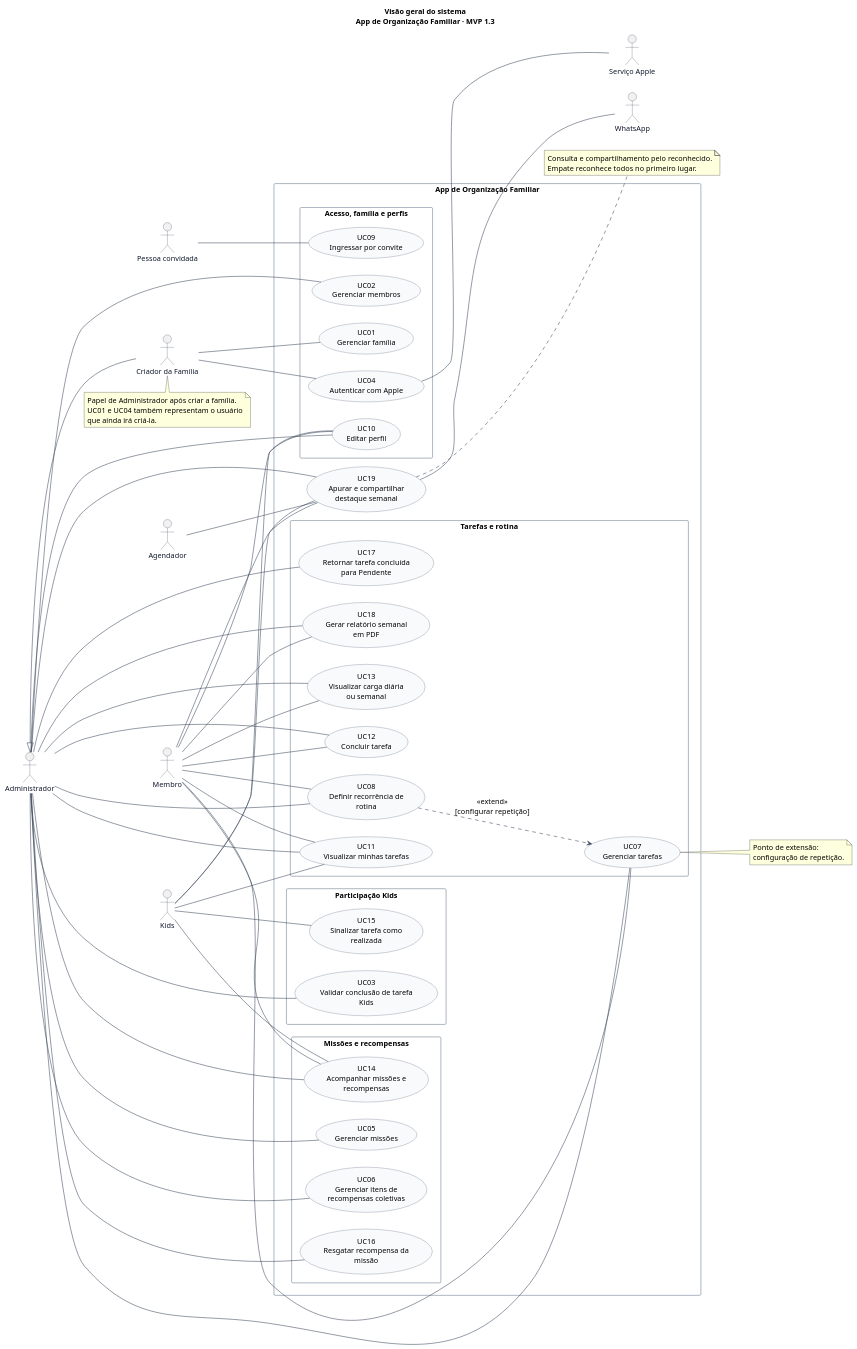
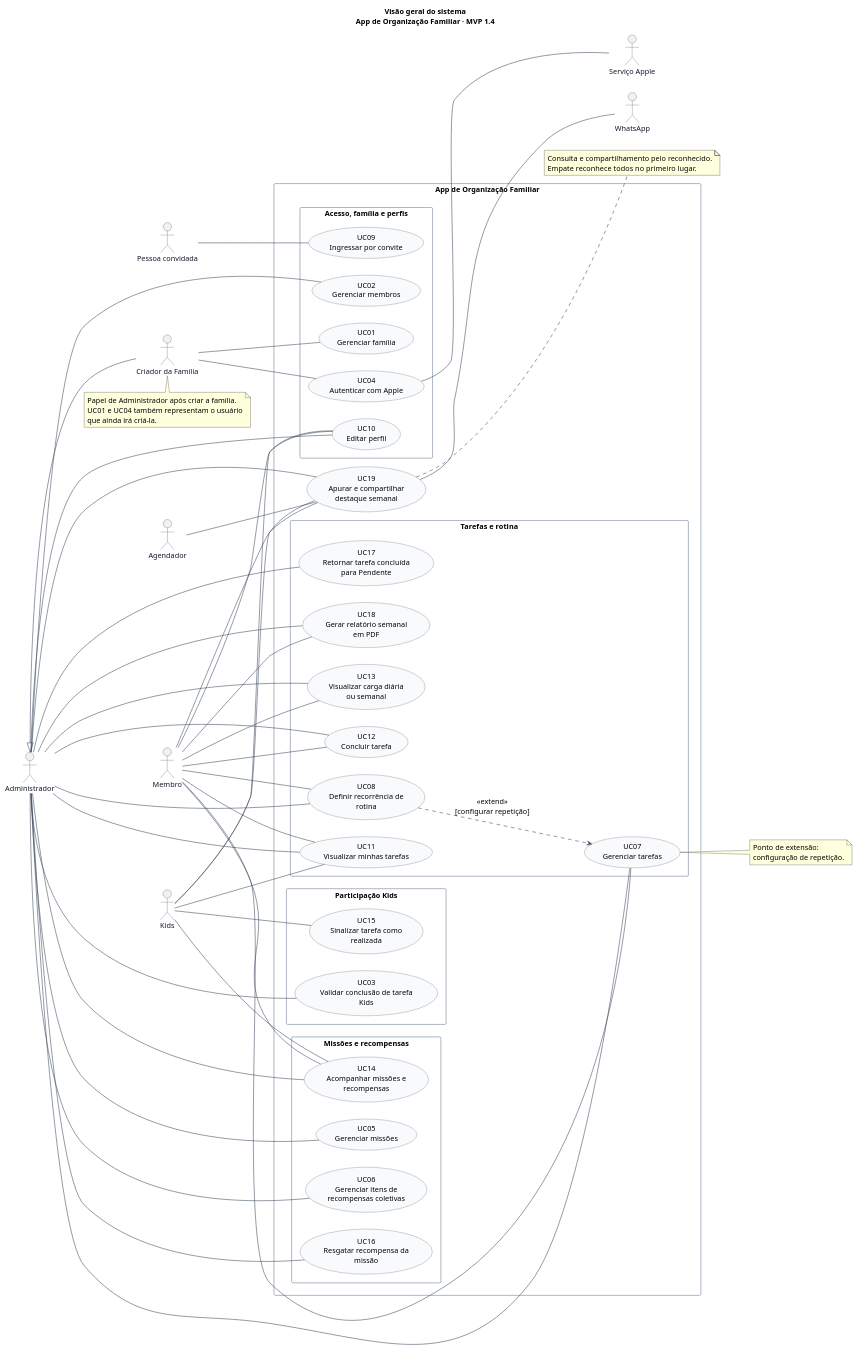
The diagram in docs/diagramas/casos-de-uso/01-visao-geral.puml (lizandramalta/App-Rotina-Familiar), drawn with PlantUML before and after one commit. The commit also changed 20 other files, not shown here.

```diff
--- a/docs/diagramas/casos-de-uso/01-visao-geral.puml
+++ b/docs/diagramas/casos-de-uso/01-visao-geral.puml
@@ -1,110 +1,110 @@
 @startuml
 ' Fonte editável. Renderização: java -jar plantuml.jar -charset UTF-8 -tsvg *.puml
 left to right direction
 skinparam shadowing false
 skinparam backgroundColor white
 skinparam defaultFontName SansSerif
 skinparam defaultFontSize 14
 skinparam ArrowColor #334155
 skinparam actorBorderColor #334155
 skinparam actorFontColor #0F172A
 skinparam usecaseBackgroundColor #F8FAFC
 skinparam usecaseBorderColor #475569
 skinparam rectangleBorderColor #64748B
 skinparam packageStyle rectangle
 skinparam nodesep 32
 skinparam ranksep 55
-title Visão geral do sistema\nApp de Organização Familiar · MVP 1.3
+title Visão geral do sistema\nApp de Organização Familiar · MVP 1.4
 
 actor "Administrador" as Admin
 actor "Membro" as Membro
 actor "Kids" as Kids
 actor "Criador da Família" as Criador
 actor "Pessoa convidada" as Convidado
 actor "Serviço Apple" as Apple
 actor "Agendador" as Agendador
 actor "WhatsApp" as WhatsApp
 
 rectangle "App de Organização Familiar" {
   package "Acesso, família e perfis" {
   usecase "UC01\nGerenciar família" as UC01
   usecase "UC02\nGerenciar membros" as UC02
   usecase "UC04\nAutenticar com Apple" as UC04
   usecase "UC09\nIngressar por convite" as UC09
   usecase "UC10\nEditar perfil" as UC10
   }
   package "Tarefas e rotina" {
   usecase "UC07\nGerenciar tarefas" as UC07
   usecase "UC08\nDefinir recorrência de\nrotina" as UC08
   usecase "UC11\nVisualizar minhas tarefas" as UC11
   usecase "UC12\nConcluir tarefa" as UC12
   usecase "UC13\nVisualizar carga diária\nou semanal" as UC13
   usecase "UC18\nGerar relatório semanal\nem PDF" as UC18
   usecase "UC17\nRetornar tarefa concluída\npara Pendente" as UC17
   }
   package "Participação Kids" {
   usecase "UC15\nSinalizar tarefa como\nrealizada" as UC15
   usecase "UC03\nValidar conclusão de tarefa\nKids" as UC03
   }
   usecase "UC19\nApurar e compartilhar\ndestaque semanal" as UC19
   package "Missões e recompensas" {
   usecase "UC05\nGerenciar missões" as UC05
   usecase "UC06\nGerenciar itens de\nrecompensas coletivas" as UC06
   usecase "UC14\nAcompanhar missões e\nrecompensas" as UC14
   usecase "UC16\nResgatar recompensa da\nmissão" as UC16
   }
 }
 
 Admin -- UC02
 Admin -- UC03
 Admin -- UC05
 Admin -- UC06
 Admin -- UC07
 Admin -- UC08
 Admin -- UC10
 Admin -- UC11
 Admin -- UC12
 Admin -- UC13
 Admin -- UC18
 Admin -- UC14
 Admin -- UC16
 Admin -- UC17
 Membro -- UC07
 Membro -- UC08
 Membro -- UC10
 Kids -- UC10
 Membro -- UC11
 Membro -- UC12
 Membro -- UC13
 Membro -- UC18
 Membro -- UC14
 Kids -- UC11
 Kids -- UC14
 Kids -- UC15
 Criador -- UC01
 Criador -- UC04
 Convidado -- UC09
 UC04 -- Apple
 Criador -up-|> Admin
 note bottom of Criador
   Papel de Administrador após criar a família.
   UC01 e UC04 também representam o usuário
   que ainda irá criá-la.
 end note
 UC08 ..> UC07 : <<extend>>\n[configurar repetição]
 note right of UC07
   Ponto de extensão:
   configuração de repetição.
 end note
 
 Agendador -- UC19
 Admin -- UC19
 Membro -- UC19
 Kids -- UC19
 UC19 -- WhatsApp
 note right of UC19
   Consulta e compartilhamento pelo reconhecido.
   Empate reconhece todos no primeiro lugar.
 end note
 
 @enduml
```
